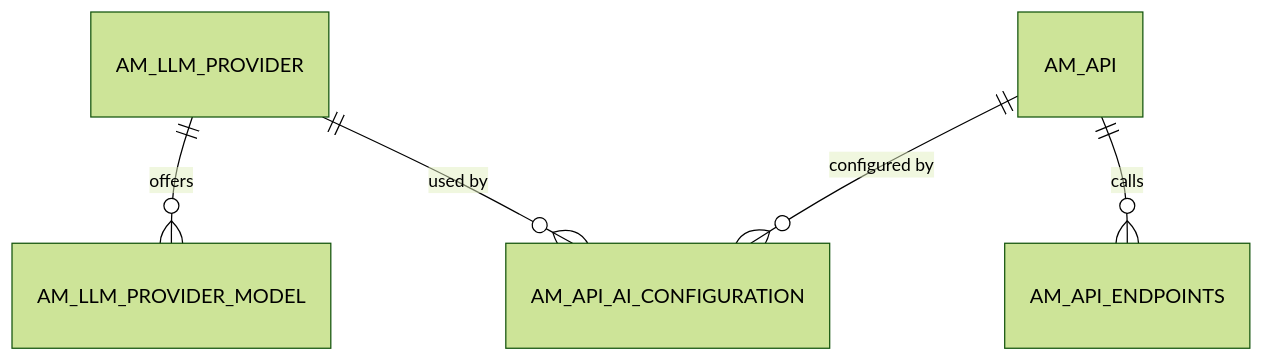
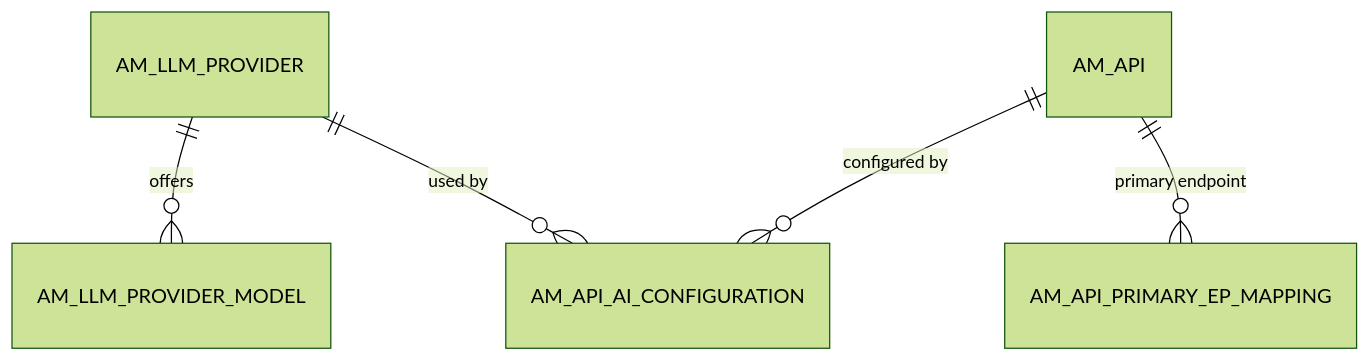
The first of 2 diagrams in docs/apim-4/flows/15-ai-api.md (SaviNimz/apim-db-docs), drawn with Mermaid (forest theme) before and after one commit. The commit also changed other lines of this file and 55 other files, not shown here.

First line of the commit message:
Verify all core flows against running 3.2.0 and 4.7.0 servers

````diff
--- a/docs/apim-4/flows/15-ai-api.md
+++ b/docs/apim-4/flows/15-ai-api.md
@@ -12,7 +22,7 @@
 ```mermaid
 erDiagram
     AM_LLM_PROVIDER ||--o{ AM_LLM_PROVIDER_MODEL : "offers"
     AM_LLM_PROVIDER ||--o{ AM_API_AI_CONFIGURATION : "used by"
     AM_API ||--o{ AM_API_AI_CONFIGURATION : "configured by"
-    AM_API ||--o{ AM_API_ENDPOINTS : "calls"
+    AM_API ||--o{ AM_API_PRIMARY_EP_MAPPING : "primary endpoint"
 ```
````
